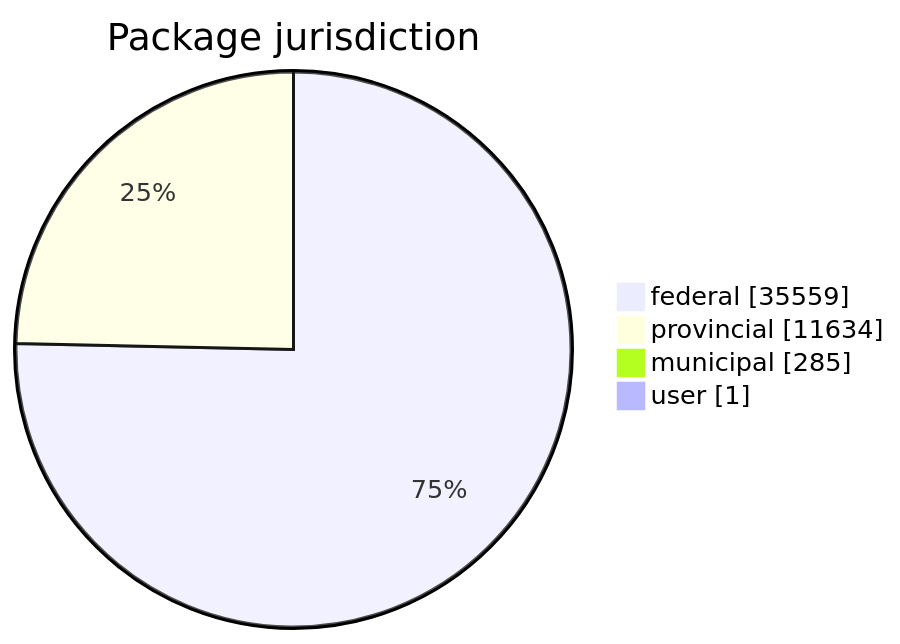
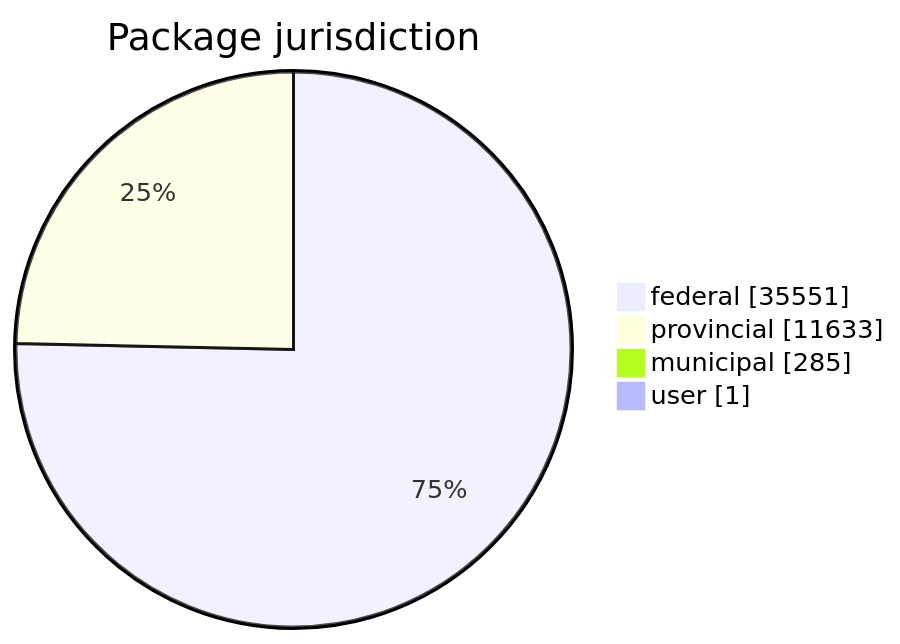
Before and after one commit to open-data/analytics-corporate-reporting: the first of 5 diagrams in FreshCheck/README.md, drawn with Mermaid. The commit also changed other lines of this file and 3 other files, not shown here.

````diff
--- a/FreshCheck/README.md
+++ b/FreshCheck/README.md
@@ -60,7 +60,7 @@
 ```mermaid
 pie showData title Package jurisdiction
-    "federal": 35559
-    "provincial": 11634
+    "federal": 35551
+    "provincial": 11633
     "municipal": 285
     "user": 1
 ```
````
